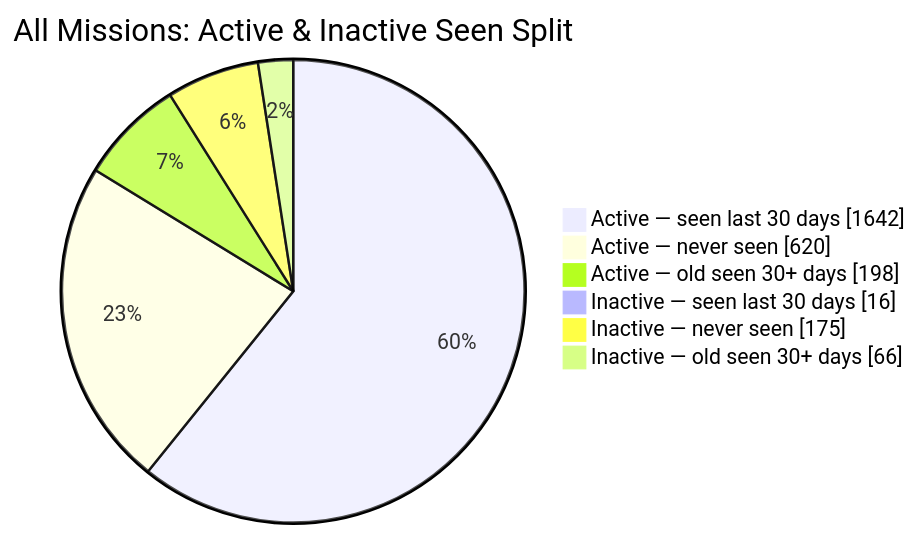
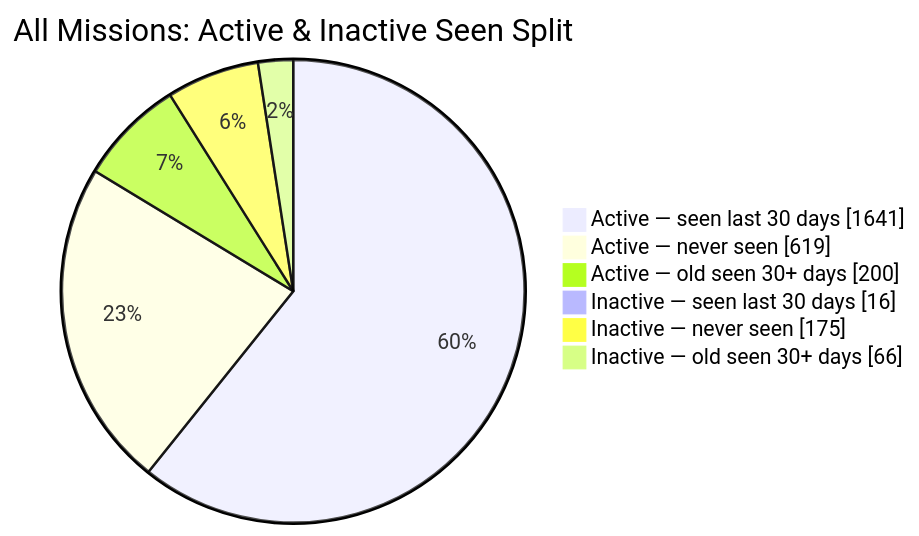
One commit to MeldkamerspelGameTeam/active-missions changed the second of 2 diagrams in README.md. Above: the diagram before and after it, drawn with Mermaid. The commit also changed other lines of this file and 4 other files, not shown here.

````diff
--- a/README.md
+++ b/README.md
@@ -44,10 +44,10 @@
 ```mermaid
 pie showData
     title All Missions: Active & Inactive Seen Split
-    "Active — seen last 30 days" : 1642
-    "Active — never seen" : 620
-    "Active — old seen 30+ days" : 198
+    "Active — seen last 30 days" : 1641
+    "Active — never seen" : 619
+    "Active — old seen 30+ days" : 200
     "Inactive — seen last 30 days" : 16
     "Inactive — never seen" : 175
     "Inactive — old seen 30+ days" : 66
 ```
````
